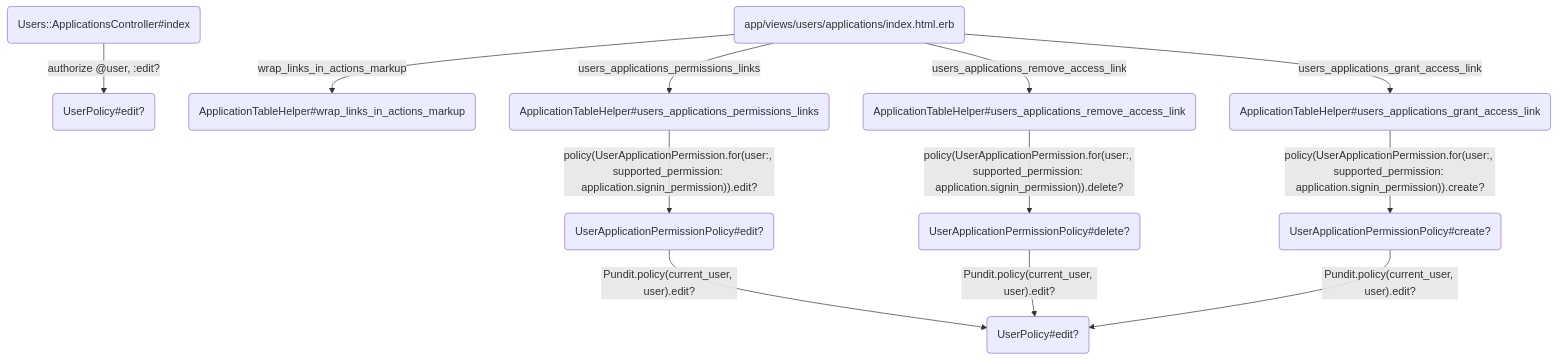
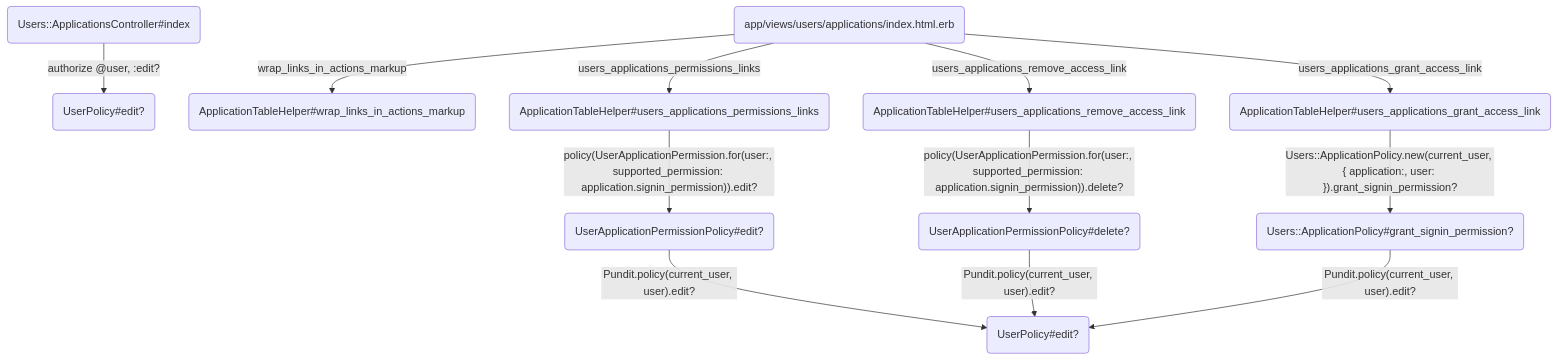
One commit to alphagov/signon changed the seventh of 12 diagrams in docs/access_and_permissions.md. Above: the diagram before and after it, drawn with Mermaid. The commit also changed 4 other files, not shown here.

````diff
--- a/docs/access_and_permissions.md
+++ b/docs/access_and_permissions.md
@@ -186,14 +186,14 @@
 ```mermaid
 flowchart TD
     A(Users::ApplicationsController#index) --authorize @user, :edit?--> B(UserPolicy#edit?)
     C(app/views/users/applications/index.html.erb) --wrap_links_in_actions_markup--> D(ApplicationTableHelper#wrap_links_in_actions_markup)
     C --users_applications_permissions_links--> E(ApplicationTableHelper#users_applications_permissions_links)
     E --policy(UserApplicationPermission.for(user:, supported_permission: application.signin_permission)).edit?--> F(UserApplicationPermissionPolicy#edit?)
     F --Pundit.policy(current_user, user).edit?--> G(UserPolicy#edit?)
     C --users_applications_remove_access_link--> H(ApplicationTableHelper#users_applications_remove_access_link)
     H --policy(UserApplicationPermission.for(user:, supported_permission: application.signin_permission)).delete?--> I(UserApplicationPermissionPolicy#delete?)
     I --Pundit.policy(current_user, user).edit?--> G
     C --users_applications_grant_access_link--> J(ApplicationTableHelper#users_applications_grant_access_link)
-    J --policy(UserApplicationPermission.for(user:, supported_permission: application.signin_permission)).create?--> K(UserApplicationPermissionPolicy#create?)
+    J --Users::ApplicationPolicy.new(current_user, { application:, user: }).grant_signin_permission?--> K(Users::ApplicationPolicy#grant_signin_permission?)
     K --Pundit.policy(current_user, user).edit?--> G
 ```
````
